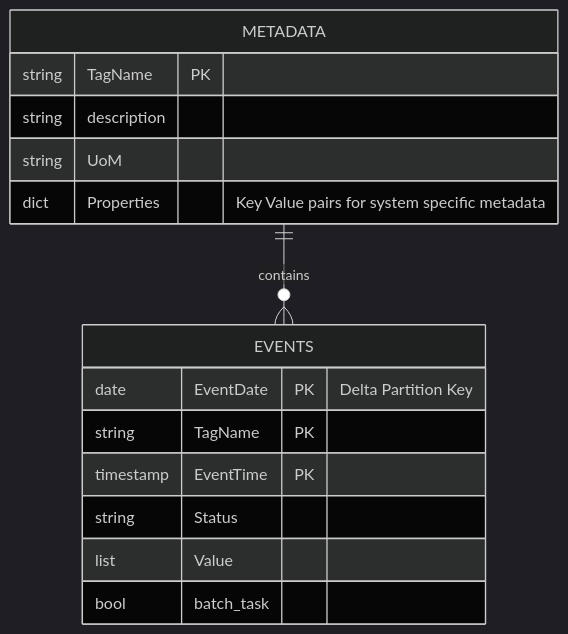
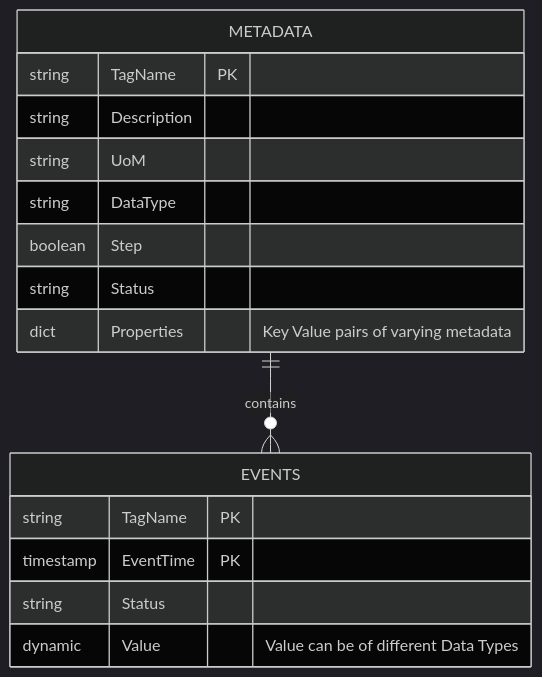
The diagram in docs/domains/process_control/data_model.md (rtdip/core), drawn with Mermaid (dark theme) before and after one commit. The commit also changed other lines of this file and 5 other files, not shown here.

````diff
--- a/docs/domains/process_control/data_model.md
+++ b/docs/domains/process_control/data_model.md
@@ -22,18 +10,19 @@
 ``` mermaid
 erDiagram
   METADATA ||--o{ EVENTS : contains
   METADATA {
     string TagName PK
-    string description
+    string Description
     string UoM
-    dict Properties "Key Value pairs for system specific metadata"
+    string DataType
+    boolean Step
+    string Status
+    dict Properties "Key Value pairs of varying metadata"
   }
   EVENTS {
-    date EventDate PK "Delta Partition Key"
     string TagName PK
     timestamp EventTime PK
     string Status
-    list Value
-    bool batch_task
+    dynamic Value "Value can be of different Data Types"
   }
 ```
````
